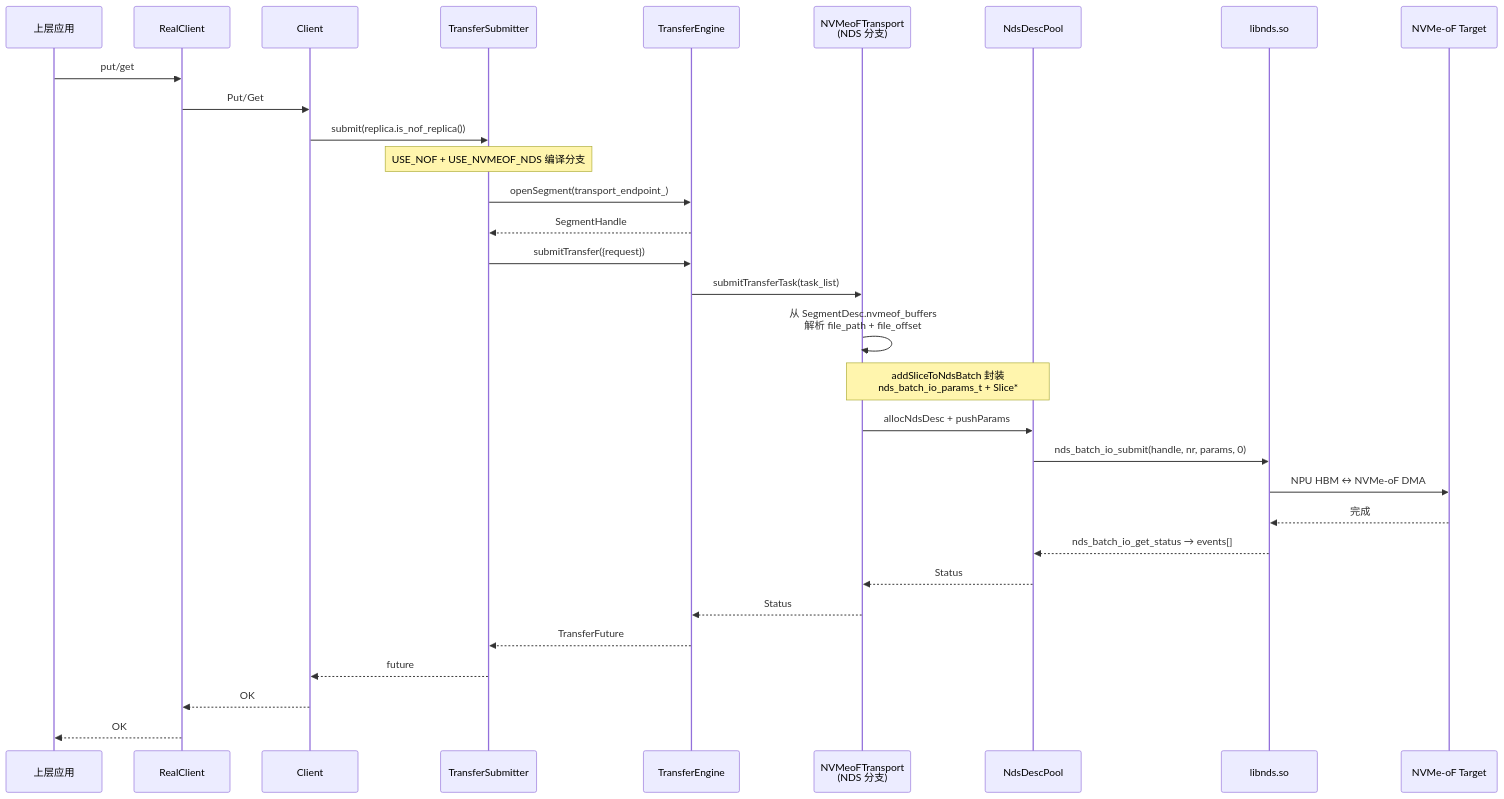
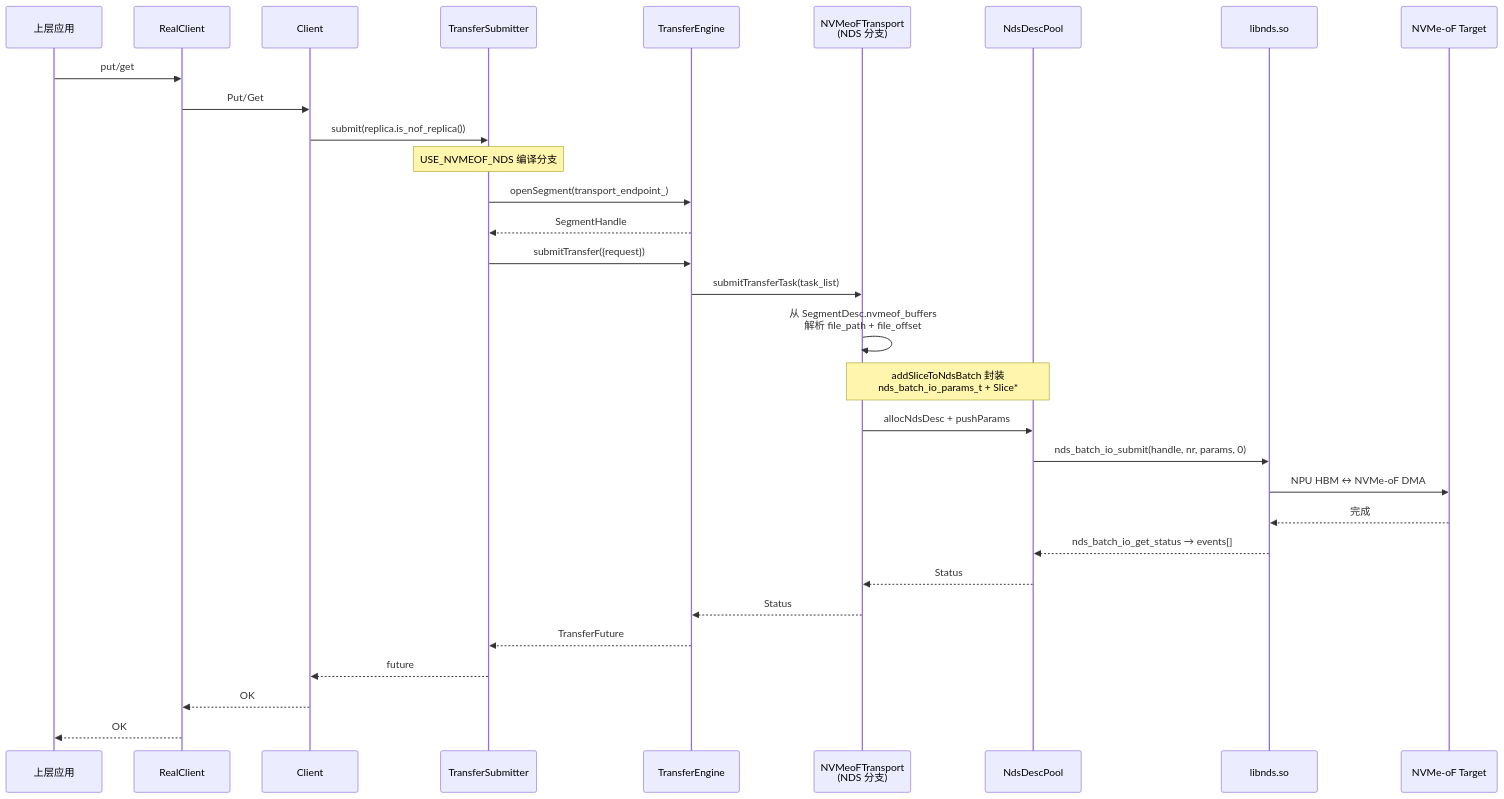
Before and after one commit to yz53665/Mooncake: diagram 17 of 17 in docs/rfc-nds-nvmeof-transport-cn.md, drawn with Mermaid. The commit also changed other lines of this file, not shown here.

````diff
--- a/docs/rfc-nds-nvmeof-transport-cn.md
+++ b/docs/rfc-nds-nvmeof-transport-cn.md
@@ -793,34 +787,34 @@
 ```mermaid
 sequenceDiagram
     participant App as 上层应用
     participant RC as RealClient
     participant C as Client
     participant TS as TransferSubmitter
     participant TE as TransferEngine
     participant NVT as NVMeoFTransport<br/>(NDS 分支)
     participant NdsBatch as NdsDescPool
     participant NDS as libnds.so
     participant TGT as NVMe-oF Target
 
     App->>RC: put/get
     RC->>C: Put/Get
     C->>TS: submit(replica.is_nof_replica())
-    Note over TS: USE_NOF + USE_NVMEOF_NDS 编译分支
+    Note over TS: USE_NVMEOF_NDS 编译分支
     TS->>TE: openSegment(transport_endpoint_)
     TE-->>TS: SegmentHandle
     TS->>TE: submitTransfer({request})
     TE->>NVT: submitTransferTask(task_list)
     NVT->>NVT: 从 SegmentDesc.nvmeof_buffers<br/>解析 file_path + file_offset
     Note over NVT,NdsBatch: addSliceToNdsBatch 封装<br/>nds_batch_io_params_t + Slice*
     NVT->>NdsBatch: allocNdsDesc + pushParams
     NdsBatch->>NDS: nds_batch_io_submit(handle, nr, params, 0)
     NDS->>TGT: NPU HBM ↔ NVMe-oF DMA
     TGT-->>NDS: 完成
     NDS-->>NdsBatch: nds_batch_io_get_status → events[]
     NdsBatch-->>NVT: Status
     NVT-->>TE: Status
     TE-->>TS: TransferFuture
     TS-->>C: future
     C-->>RC: OK
     RC-->>App: OK
 ```
````
